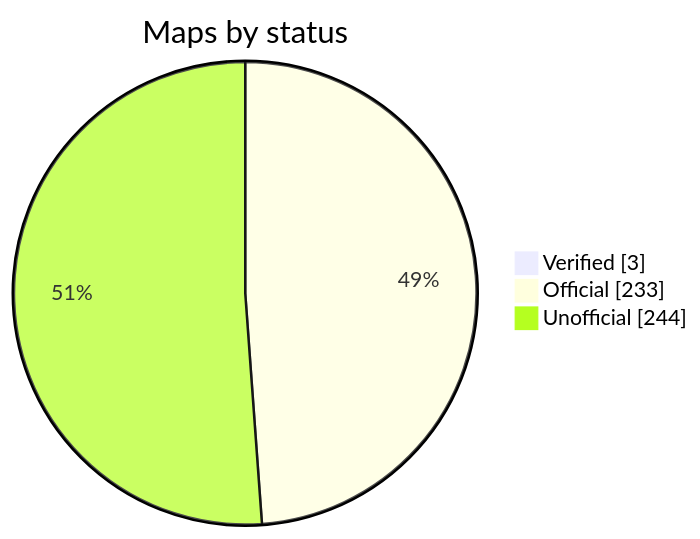
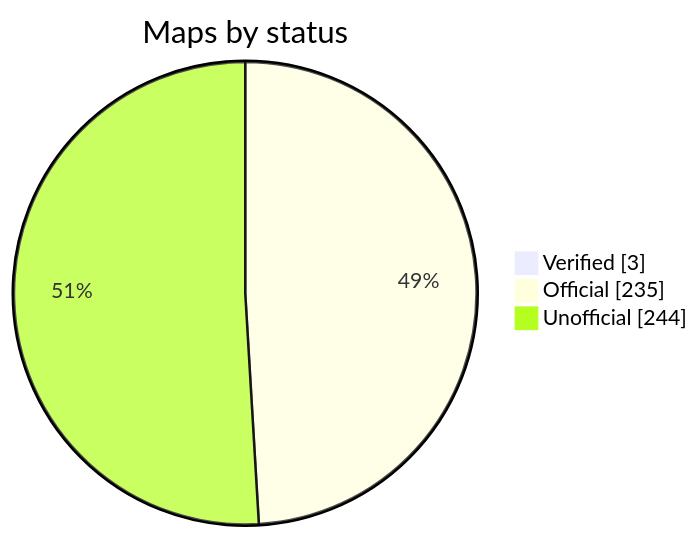
One commit to nobrega8/mbmap-library changed the diagram in README.md. Above: the diagram before and after it, drawn with Mermaid. The commit also changed 3 other files, not shown here.

````diff
--- a/README.md
+++ b/README.md
@@ -48,7 +48,7 @@
 ```mermaid
 pie showData
     title Maps by status
     "Verified" : 3
-    "Official" : 233
+    "Official" : 235
     "Unofficial" : 244
 ```
````
